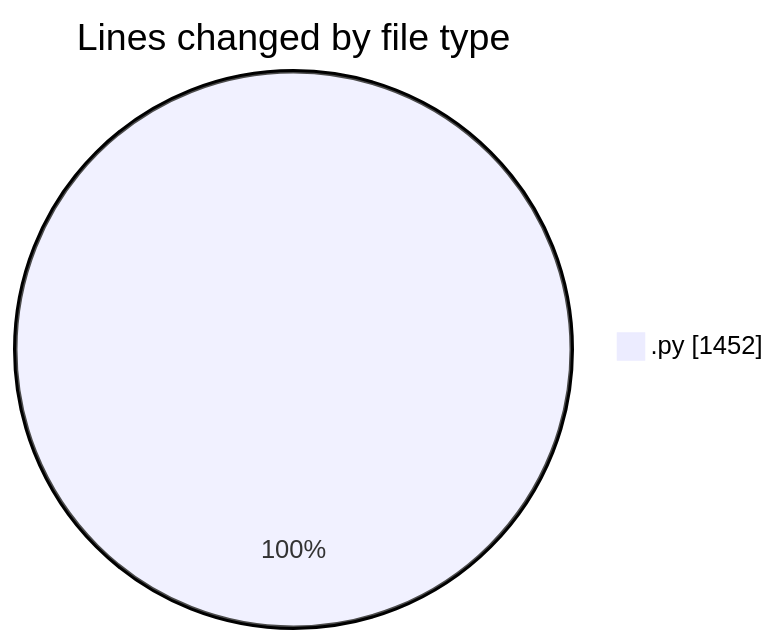
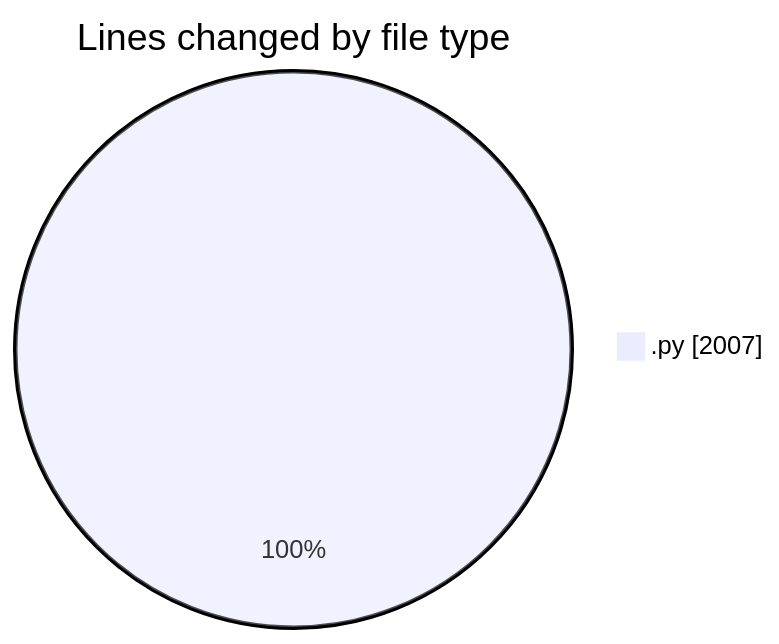
One commit to MatusMokan/code-tracking changed the first of 2 diagrams in 2025-03-25/myws__workspace_/README.md. Above: the diagram before and after it, drawn with Mermaid. The commit also changed other lines of this file and 1 other file, not shown here.

````diff
--- a/2025-03-25/myws__workspace_/README.md
+++ b/2025-03-25/myws__workspace_/README.md
@@ -21,5 +21,5 @@
 ```mermaid
 pie showData
 title Lines changed by file type
-".py" : 1452
+".py" : 2007
 ```
````
